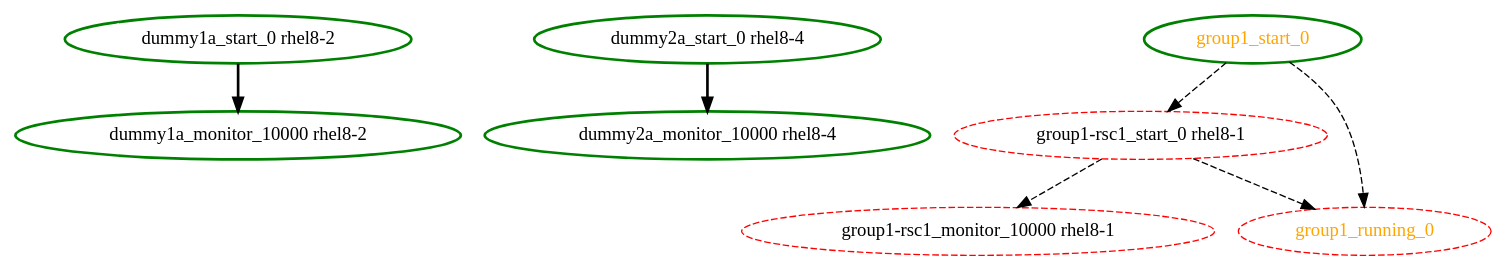
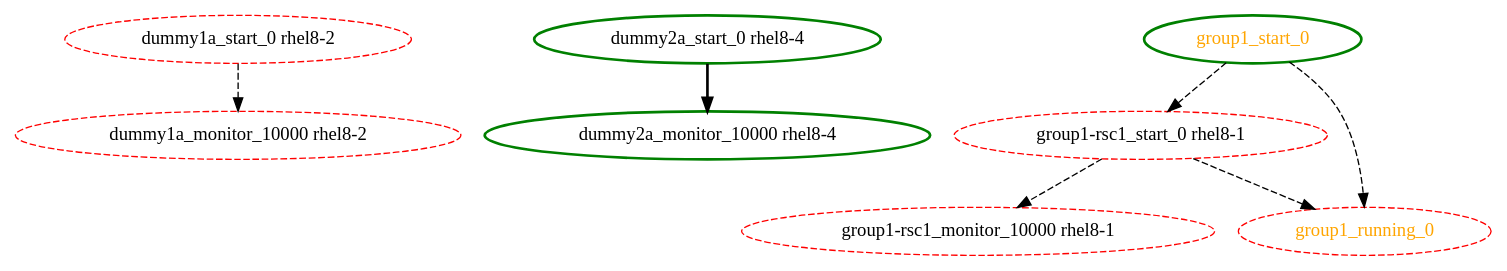
The diagram in cts/scheduler/dot/unmanaged-ordering.dot (ClusterLabs/pacemaker), drawn with Graphviz before and after one commit. The commit also changed 2 other files, not shown here.

```diff
--- a/cts/scheduler/dot/unmanaged-ordering.dot
+++ b/cts/scheduler/dot/unmanaged-ordering.dot
@@ -1,16 +1,16 @@
  digraph "g" {
-"dummy1a_monitor_10000 rhel8-2" [ style=bold color="green" fontcolor="black"]
-"dummy1a_start_0 rhel8-2" -> "dummy1a_monitor_10000 rhel8-2" [ style = bold]
-"dummy1a_start_0 rhel8-2" [ style=bold color="green" fontcolor="black"]
+"dummy1a_monitor_10000 rhel8-2" [ style=dashed color="red" fontcolor="black"]
+"dummy1a_start_0 rhel8-2" -> "dummy1a_monitor_10000 rhel8-2" [ style = dashed]
+"dummy1a_start_0 rhel8-2" [ style=dashed color="red" fontcolor="black"]
 "dummy2a_monitor_10000 rhel8-4" [ style=bold color="green" fontcolor="black"]
 "dummy2a_start_0 rhel8-4" -> "dummy2a_monitor_10000 rhel8-4" [ style = bold]
 "dummy2a_start_0 rhel8-4" [ style=bold color="green" fontcolor="black"]
 "group1-rsc1_monitor_10000 rhel8-1" [ style=dashed color="red" fontcolor="black"]
 "group1-rsc1_start_0 rhel8-1" -> "group1-rsc1_monitor_10000 rhel8-1" [ style = dashed]
 "group1-rsc1_start_0 rhel8-1" -> "group1_running_0" [ style = dashed]
 "group1-rsc1_start_0 rhel8-1" [ style=dashed color="red" fontcolor="black"]
 "group1_running_0" [ style=dashed color="red" fontcolor="orange"]
 "group1_start_0" -> "group1-rsc1_start_0 rhel8-1" [ style = dashed]
 "group1_start_0" -> "group1_running_0" [ style = dashed]
 "group1_start_0" [ style=bold color="green" fontcolor="orange"]
 }
```
